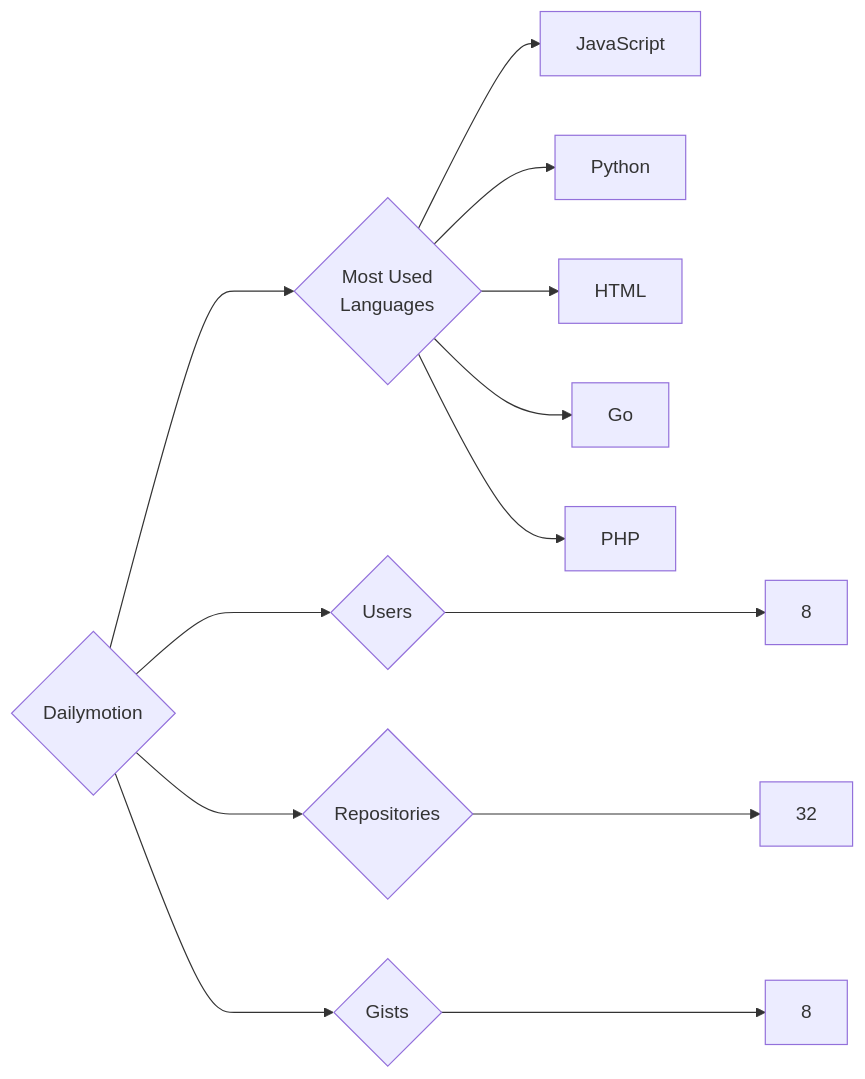
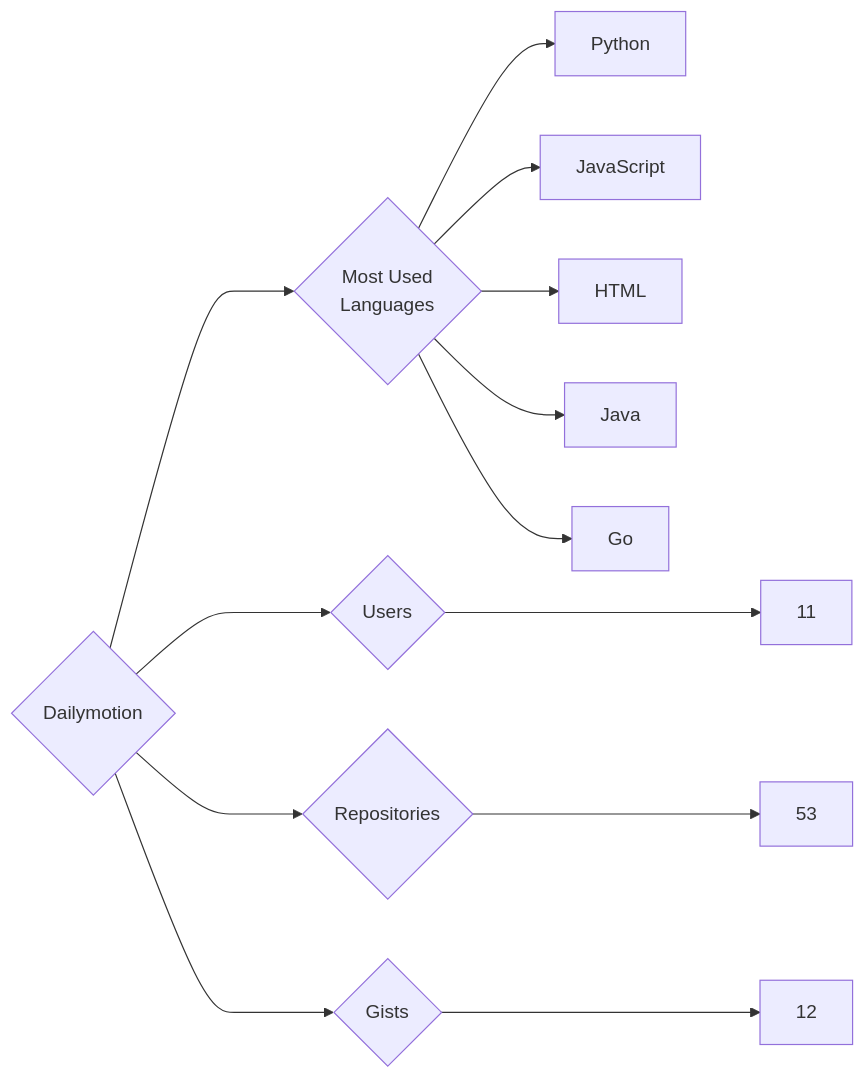
The diagram in targets/Dailymotion/README.md (trickest/insiders), drawn with Mermaid before and after one commit. The commit also changed 681 other files, not shown here.

````diff
--- a/targets/Dailymotion/README.md
+++ b/targets/Dailymotion/README.md
@@ -3,13 +3,13 @@
 ```mermaid
 graph LR
 COMPANY_NAME{Dailymotion}
-COMPANY_NAME ---> U{Users} ---> UN[8]
-COMPANY_NAME ---> R{Repositories} ---> RN[32]
-COMPANY_NAME ---> G{Gists} ---> GN[8]
+COMPANY_NAME ---> U{Users} ---> UN[11]
+COMPANY_NAME ---> R{Repositories} ---> RN[53]
+COMPANY_NAME ---> G{Gists} ---> GN[12]
 COMPANY_NAME ---> ML{Most Used<br>Languages}
+ML --> Python[Python]
 ML --> JavaScript[JavaScript]
-ML --> Python[Python]
 ML --> HTML[HTML]
+ML --> Java[Java]
 ML --> Go[Go]
-ML --> PHP[PHP]
 ```
````
